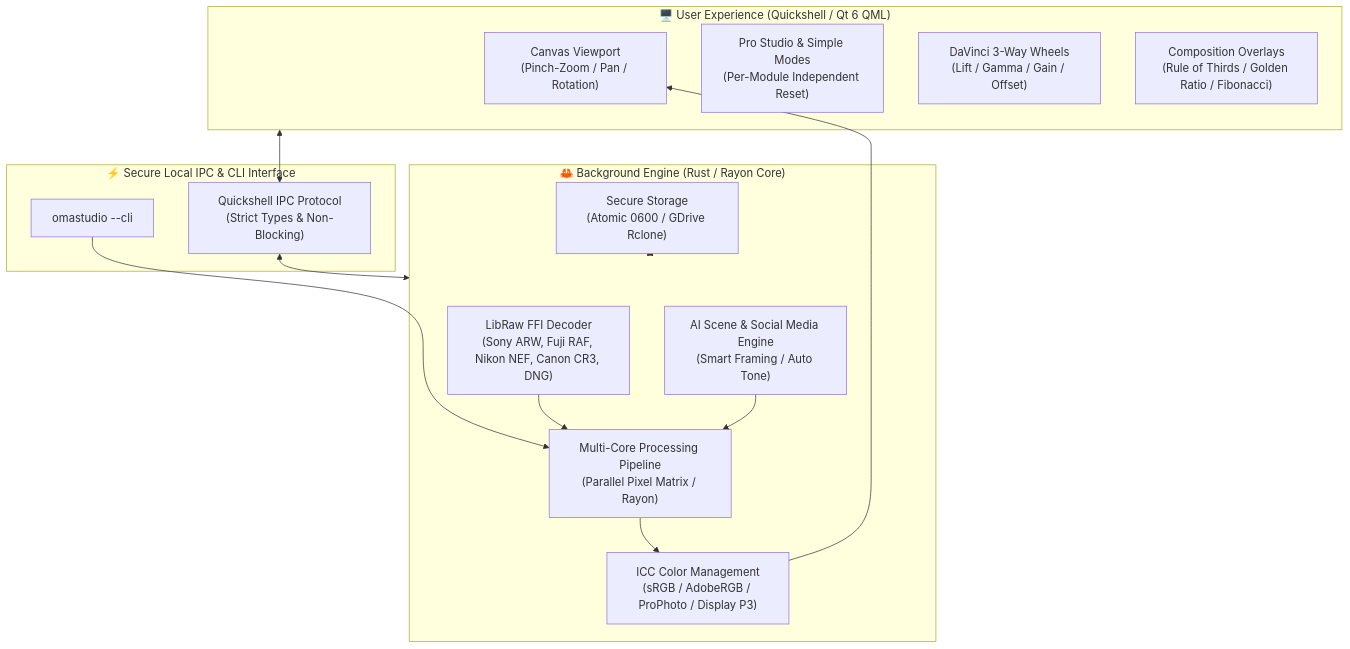
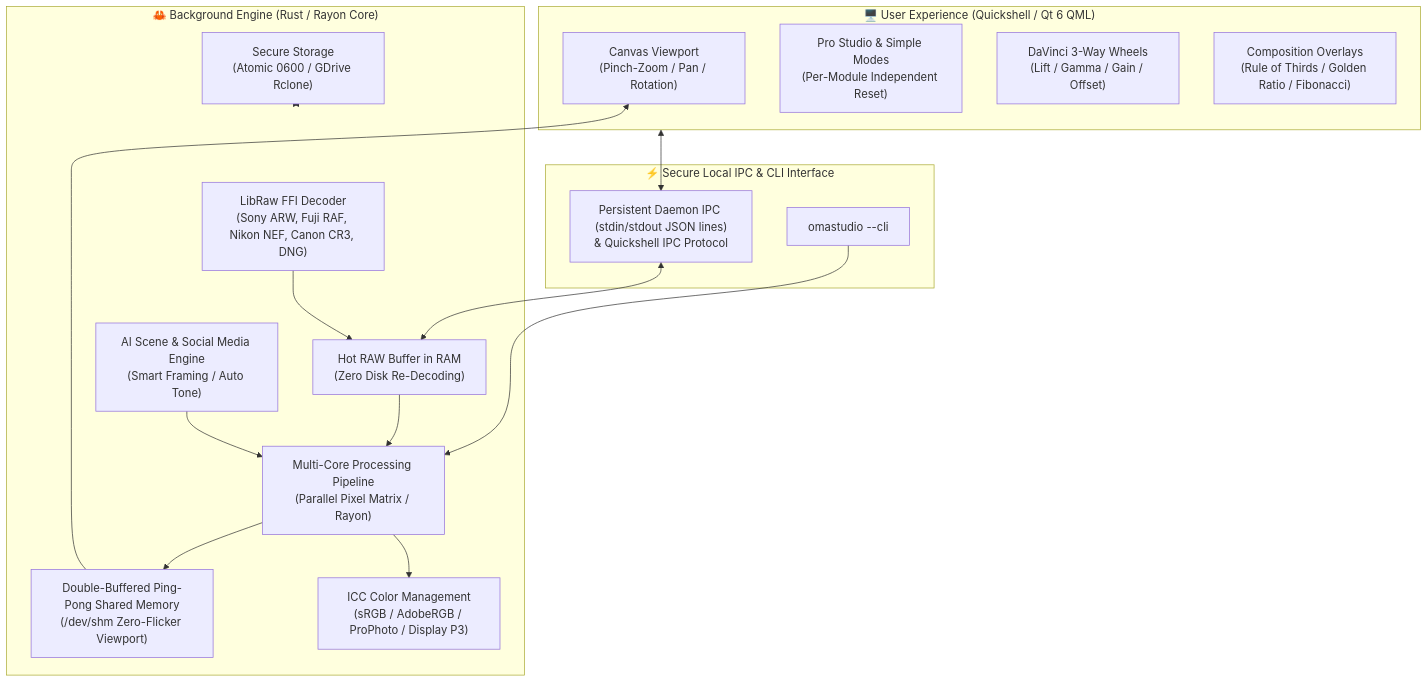
One commit to mickes66/omarchy-omastudio changed the first of 2 diagrams in README.md. Above: the diagram before and after it, drawn with Mermaid. The commit also changed other lines of this file and 11 other files, not shown here.

First line of the commit message:
feat: persistent Rust daemon, 16-bit RAW pipeline & preset reset

````diff
--- a/README.md
+++ b/README.md
@@ -24,31 +24,35 @@
 ```mermaid
 graph TD
     subgraph UI ["🖥️ User Experience (Quickshell / Qt 6 QML)"]
         Viewport["Canvas Viewport<br/>(Pinch-Zoom / Pan / Rotation)"]
         Inspector["Pro Studio & Simple Modes<br/>(Per-Module Independent Reset)"]
         Wheels["DaVinci 3-Way Wheels<br/>(Lift / Gamma / Gain / Offset)"]
         CropTool["Composition Overlays<br/>(Rule of Thirds / Golden Ratio / Fibonacci)"]
     end
 
     subgraph IPC ["⚡ Secure Local IPC & CLI Interface"]
         CLI["omastudio --cli"]
-        Sock["Quickshell IPC Protocol<br/>(Strict Types & Non-Blocking)"]
+        Sock["Persistent Daemon IPC (stdin/stdout JSON lines)<br/>& Quickshell IPC Protocol"]
     end
 
     subgraph Engine ["🦀 Background Engine (Rust / Rayon Core)"]
         Decoders["LibRaw FFI Decoder<br/>(Sony ARW, Fuji RAF, Nikon NEF, Canon CR3, DNG)"]
+        RAMCache["Hot RAW Buffer in RAM<br/>(Zero Disk Re-Decoding)"]
         Pipeline["Multi-Core Processing Pipeline<br/>(Parallel Pixel Matrix / Rayon)"]
+        ShmPingPong["Double-Buffered Ping-Pong Shared Memory<br/>(/dev/shm Zero-Flicker Viewport)"]
         ColorEngine["ICC Color Management<br/>(sRGB / AdobeRGB / ProPhoto / Display P3)"]
         AIEngine["AI Scene & Social Media Engine<br/>(Smart Framing / Auto Tone)"]
         Storage["Secure Storage<br/>(Atomic 0600 / GDrive Rclone)"]
     end
 
     UI <--> Sock
     CLI --> Pipeline
-    Sock <--> Engine
-    Decoders --> Pipeline
+    Sock <--> RAMCache
+    Decoders --> RAMCache
+    RAMCache --> Pipeline
+    Pipeline --> ShmPingPong
+    ShmPingPong --> Viewport
     Pipeline --> ColorEngine
-    ColorEngine --> Viewport
     AIEngine --> Pipeline
     Storage <--> Engine
 ```
````
